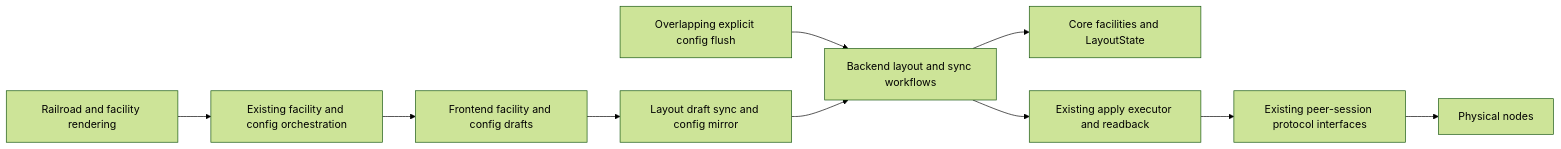
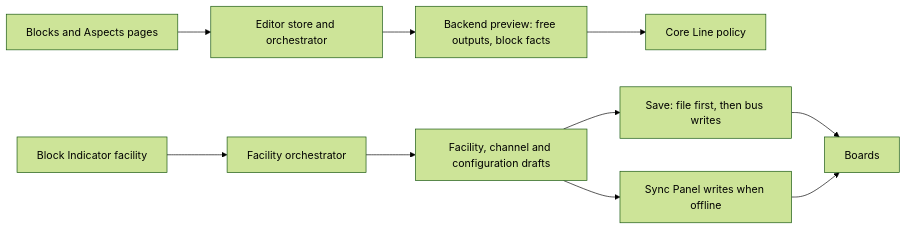
The first of 2 diagrams in specs/020-block-signals-first-slice/slices.md (JohnSL/Bowties), drawn with Mermaid (forest theme) before and after one commit. The commit also changed other lines of this file and 228 other files, not shown here.

First line of the commit message:
Add Automatic Block Signals: configure, save and write to boards

````diff
--- a/specs/020-block-signals-first-slice/slices.md
+++ b/specs/020-block-signals-first-slice/slices.md
@@ -22,12 +41,12 @@
 ```mermaid
 flowchart LR
-    UI[Railroad and facility rendering] --> Orch[Existing facility and config orchestration]
-    Orch --> Drafts[Frontend facility and config drafts]
-    Drafts --> Mirror[Layout draft sync and config mirror]
-    Legacy[Overlapping explicit config flush] --> Backend
-    Mirror --> Backend[Backend layout and sync workflows]
-    Backend --> Layout[Core facilities and LayoutState]
-    Backend --> Executor[Existing apply executor and readback]
-    Executor --> Peer[Existing peer-session protocol interfaces]
-    Peer --> Nodes[Physical nodes]
+    Steps[Blocks and Aspects pages] --> Editor[Editor store and orchestrator]
+    Editor --> Preview[Backend preview: free outputs, block facts]
+    Preview --> Core[Core Line policy]
+    Facility[Block Indicator facility] --> FOrch[Facility orchestrator]
+    FOrch --> Drafts[Facility, channel and configuration drafts]
+    Drafts --> Save[Save: file first, then bus writes]
+    Drafts --> Sync[Sync Panel writes when offline]
+    Save --> Nodes[Boards]
+    Sync --> Nodes
 ```
````
